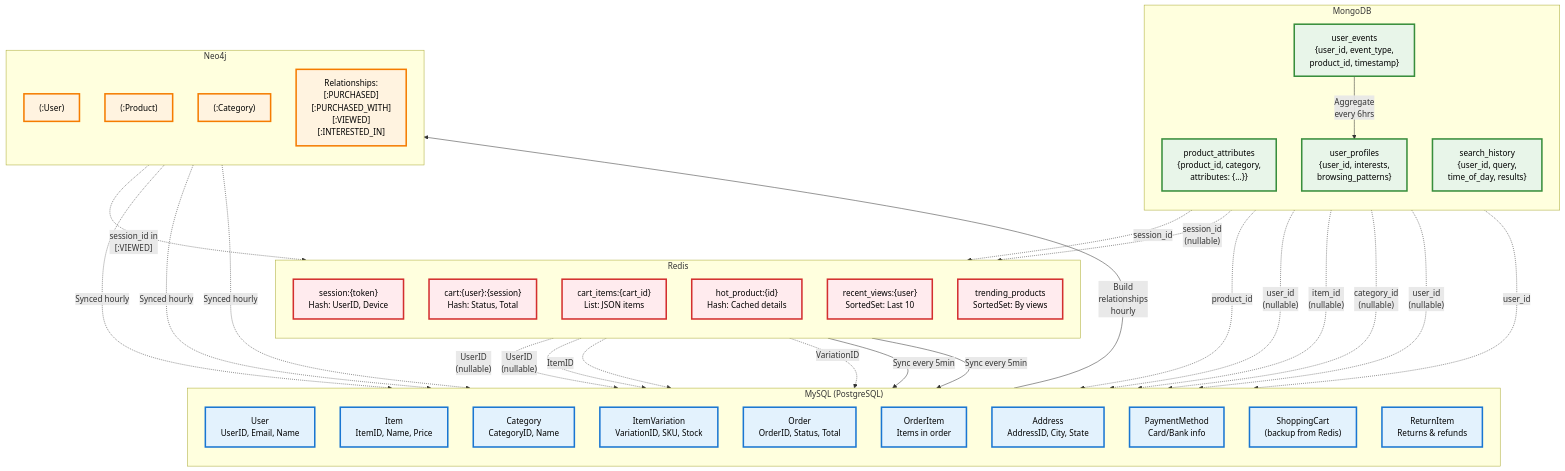
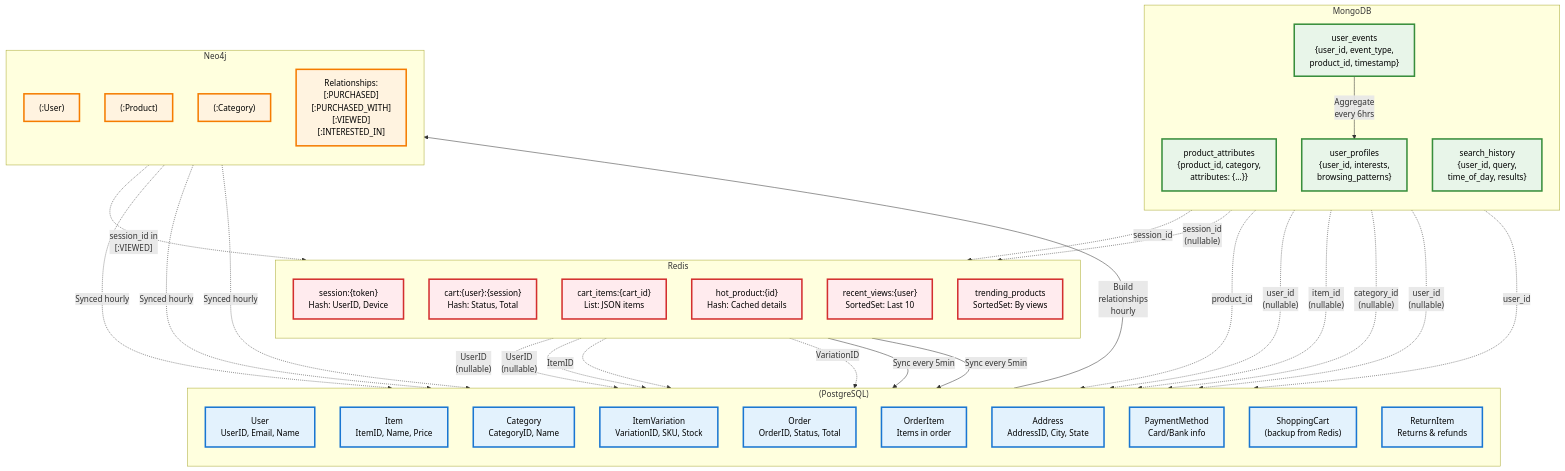
One commit to BobaFettyW4p/DatabasesFinalProject changed the diagram in diagrams/cross_db.md. Above: the diagram before and after it, drawn with Mermaid. The commit also changed 12 other files, not shown here.

````diff
--- a/diagrams/cross_db.md
+++ b/diagrams/cross_db.md
@@ -3,6 +3,6 @@
 ```mermaid
 graph TB
-    subgraph MYSQL["MySQL (PostgreSQL)"]
+    subgraph PostgreSQL[" (PostgreSQL)"]
         direction TB
         M_User["User<br/>UserID, Email, Name"]
         M_Item["Item<br/>ItemID, Name, Price"]
@@ -43,7 +43,7 @@
     end
 
     %% ═══════════════════════════════════════════════════════════
-    %% Redis -> MySQL (Application References)
+    %% Redis -> PostgreSQL (Application References)
     %% ═══════════════════════════════════════════════════════════
 
     R_Session -.->|"UserID<br/>(nullable)"| M_User
@@ -52,14 +52,14 @@
     R_CartItems -.->|"VariationID"| M_ItemVariation
 
     %% ═══════════════════════════════════════════════════════════
-    %% Redis -> MySQL (Sync Jobs - Data Flow)
+    %% Redis -> PostgreSQL (Sync Jobs - Data Flow)
     %% ═══════════════════════════════════════════════════════════
 
     R_Cart -->|"Sync every 5min"| M_ShoppingCart
     R_CartItems -->|"Sync every 5min"| M_ShoppingCart
 
     %% ═══════════════════════════════════════════════════════════
-    %% MongoDB -> MySQL (Application References)
+    %% MongoDB -> PostgreSQL (Application References)
     %% ═══════════════════════════════════════════════════════════
 
     MG_ProductAttrs -.->|"product_id"| M_Item
@@ -83,7 +83,7 @@
     MG_Events -->|"Aggregate<br/>every 6hrs"| MG_Profile
 
     %% ═══════════════════════════════════════════════════════════
-    %% Neo4j -> MySQL (Sync Jobs - Data Flow)
+    %% Neo4j -> PostgreSQL (Sync Jobs - Data Flow)
     %% ═══════════════════════════════════════════════════════════
 
     N_User -.->|"Synced hourly"| M_User
@@ -101,12 +101,12 @@
     %% Styling
     %% ═══════════════════════════════════════════════════════════
 
-    classDef mysqlStyle fill:#e3f2fd,stroke:#1976d2,stroke-width:3px,color:#000
+    classDef PostgreSQLStyle fill:#e3f2fd,stroke:#1976d2,stroke-width:3px,color:#000
     classDef redisStyle fill:#ffebee,stroke:#d32f2f,stroke-width:3px,color:#000
     classDef mongoStyle fill:#e8f5e9,stroke:#388e3c,stroke-width:3px,color:#000
     classDef neoStyle fill:#fff3e0,stroke:#f57c00,stroke-width:3px,color:#000
 
-    class M_User,M_Item,M_Category,M_ItemVariation,M_Order,M_OrderItem,M_Address,M_PaymentMethod,M_ShoppingCart,M_ReturnItem mysqlStyle
+    class M_User,M_Item,M_Category,M_ItemVariation,M_Order,M_OrderItem,M_Address,M_PaymentMethod,M_ShoppingCart,M_ReturnItem PostgreSQLStyle
     class R_Session,R_Cart,R_CartItems,R_HotProducts,R_RecentViews,R_Trending redisStyle
     class MG_ProductAttrs,MG_Events,MG_Search,MG_Profile mongoStyle
     class N_User,N_Product,N_Category,N_Relationships neoStyle
````
